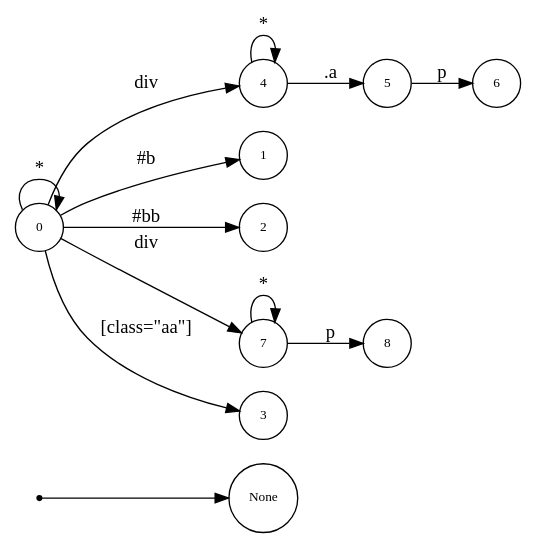
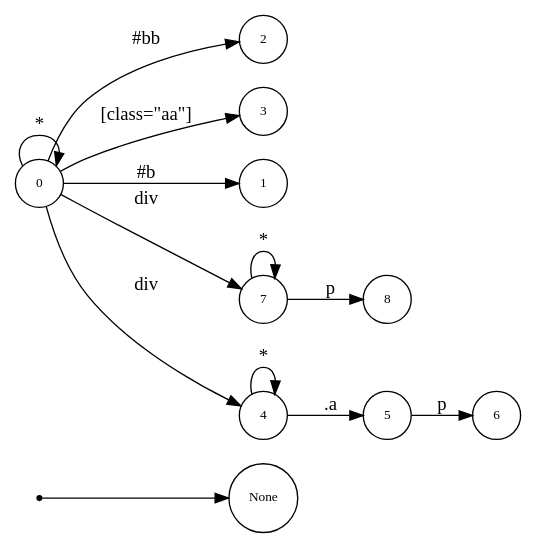
The diagram in css-gen-op/testcase/dot_quad.dot (asukaminato0721/css-bitvector-compiler), drawn with Graphviz before and after one commit. The commit also changed other lines of this file and 52 other files, not shown here.

```diff
--- a/css-gen-op/testcase/dot_quad.dot
+++ b/css-gen-op/testcase/dot_quad.dot
@@ -1,27 +1,27 @@
 digraph NFA {
   rankdir=LR;
   node [shape=circle, fontsize=10];
   __start [shape=point, label=""];
   __start -> None;
+  2 [label="2"];
+  6 [label="6"];
+  3 [label="3"];
+  1 [label="1"];
+  7 [label="7"];
   4 [label="4"];
-  1 [label="1"];
-  2 [label="2"];
-  7 [label="7"];
-  3 [label="3"];
   0 [label="0"];
+  8 [label="8"];
   5 [label="5"];
-  8 [label="8"];
-  6 [label="6"];
   { node [shape=doublecircle]; 1 2 3 6 8 }
   0 -> 0 [label="*"];
   0 -> 1 [label="#b"];
   0 -> 2 [label="#bb"];
   0 -> 3 [label="[class=\"aa\"]"];
   0 -> 4 [label="div"];
   4 -> 4 [label="*"];
   4 -> 5 [label=".a"];
   5 -> 6 [label="p"];
   0 -> 7 [label="div"];
   7 -> 7 [label="*"];
   7 -> 8 [label="p"];
 }
```
